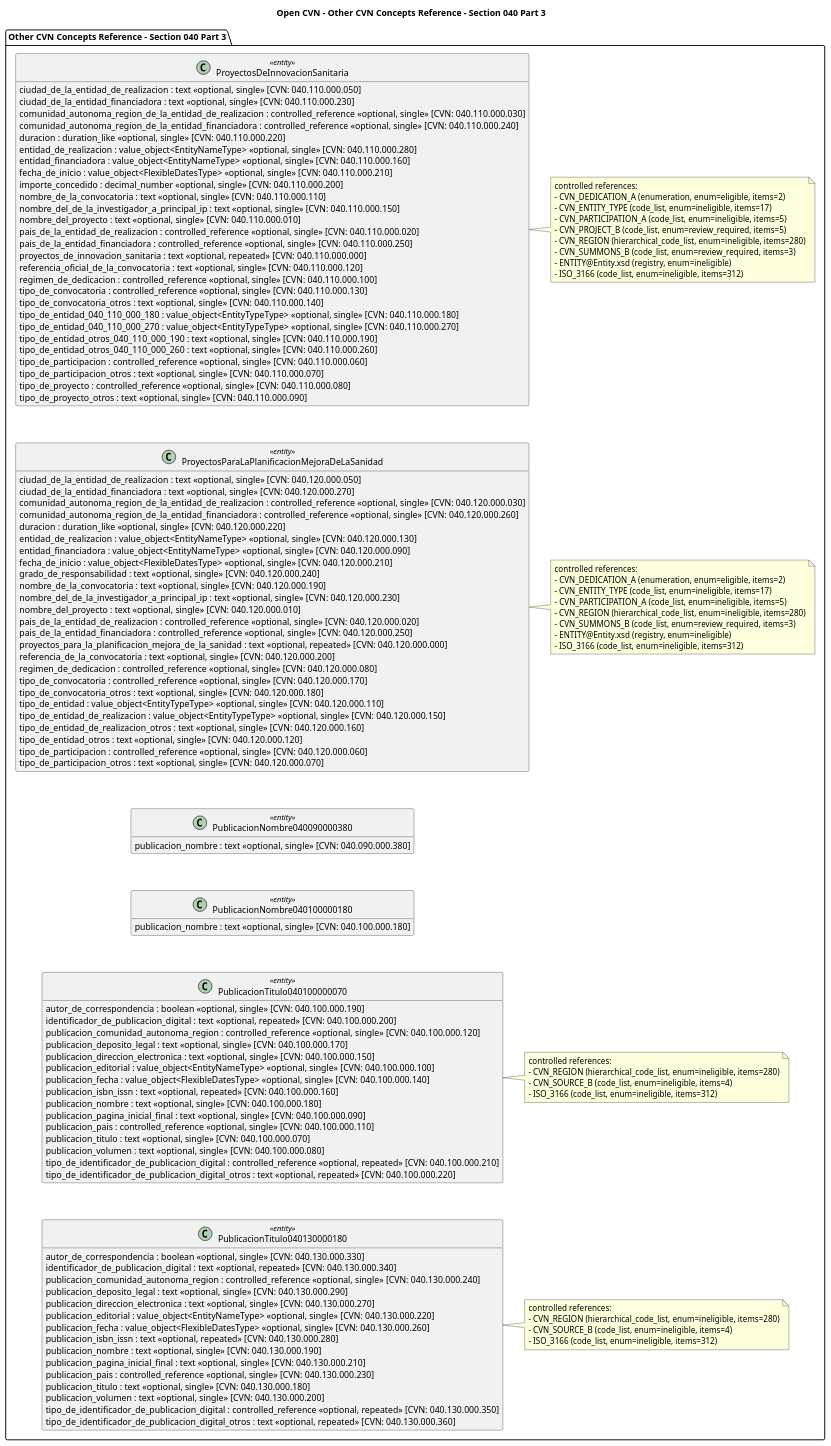
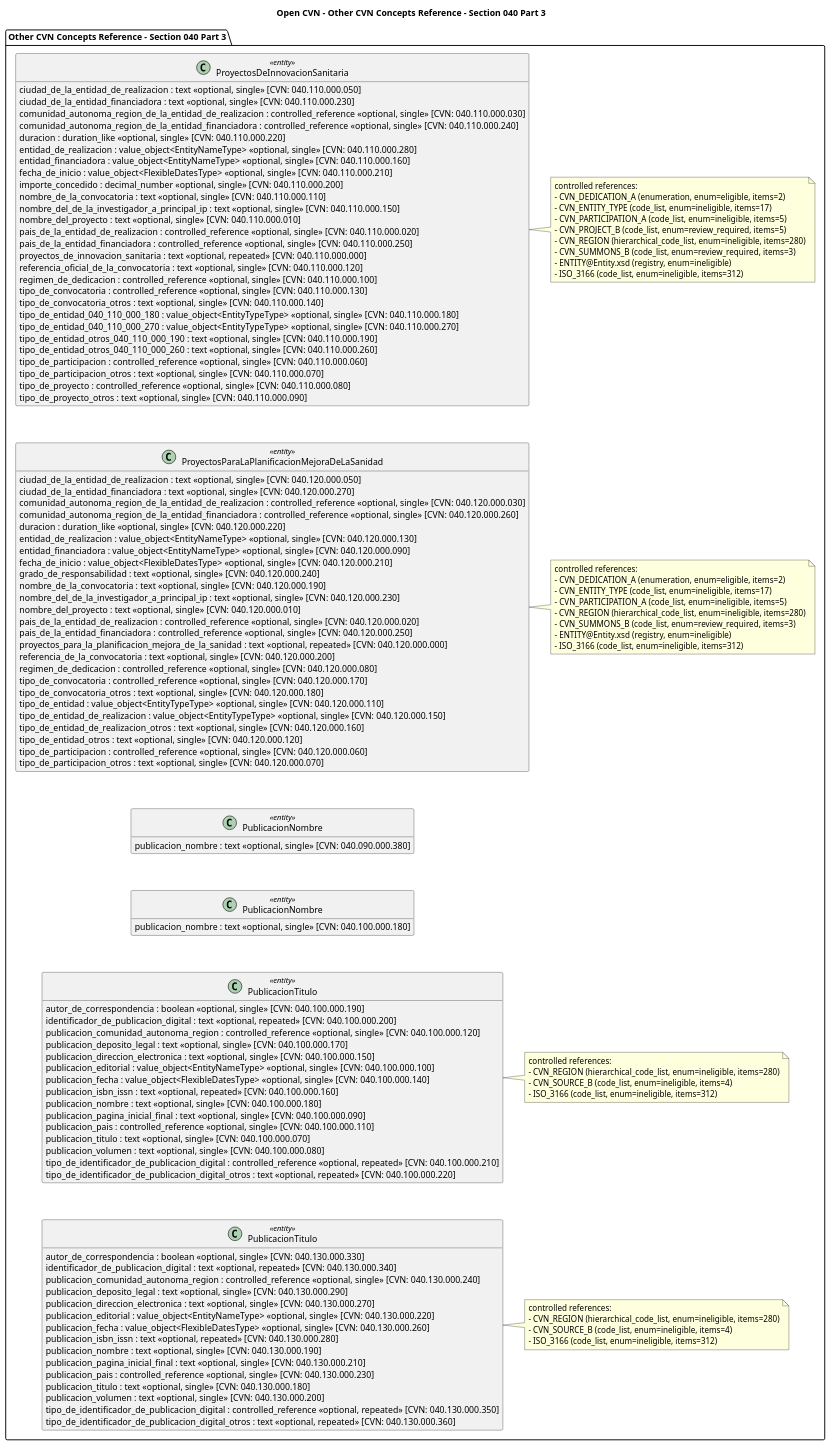
Before and after one commit to holt00/TFG-open-cvn-schema: the diagram in docs/diagrams/open_cvn_other_040_part_03_reference.puml, drawn with PlantUML. The commit also changed 48 other files, not shown here.

```diff
--- a/docs/diagrams/open_cvn_other_040_part_03_reference.puml
+++ b/docs/diagrams/open_cvn_other_040_part_03_reference.puml
@@ -1,154 +1,154 @@
 @startuml
 title Open CVN - Other CVN Concepts Reference - Section 040 Part 3
 
 skinparam classAttributeIconSize 0
 skinparam linetype ortho
 top to bottom direction
 hide empty members
 
 package "Other CVN Concepts Reference - Section 040 Part 3" as area_other_040_part_03_reference {
 class "ProyectosDeInnovacionSanitaria" as entity_other_proyectosdeinnovacionsanitaria_040_110_000_000 <<entity>> {
   ciudad_de_la_entidad_de_realizacion : text <<optional, single>> [CVN: 040.110.000.050]
   ciudad_de_la_entidad_financiadora : text <<optional, single>> [CVN: 040.110.000.230]
   comunidad_autonoma_region_de_la_entidad_de_realizacion : controlled_reference <<optional, single>> [CVN: 040.110.000.030]
   comunidad_autonoma_region_de_la_entidad_financiadora : controlled_reference <<optional, single>> [CVN: 040.110.000.240]
   duracion : duration_like <<optional, single>> [CVN: 040.110.000.220]
   entidad_de_realizacion : value_object<EntityNameType> <<optional, single>> [CVN: 040.110.000.280]
   entidad_financiadora : value_object<EntityNameType> <<optional, single>> [CVN: 040.110.000.160]
   fecha_de_inicio : value_object<FlexibleDatesType> <<optional, single>> [CVN: 040.110.000.210]
   importe_concedido : decimal_number <<optional, single>> [CVN: 040.110.000.200]
   nombre_de_la_convocatoria : text <<optional, single>> [CVN: 040.110.000.110]
   nombre_del_de_la_investigador_a_principal_ip : text <<optional, single>> [CVN: 040.110.000.150]
   nombre_del_proyecto : text <<optional, single>> [CVN: 040.110.000.010]
   pais_de_la_entidad_de_realizacion : controlled_reference <<optional, single>> [CVN: 040.110.000.020]
   pais_de_la_entidad_financiadora : controlled_reference <<optional, single>> [CVN: 040.110.000.250]
   proyectos_de_innovacion_sanitaria : text <<optional, repeated>> [CVN: 040.110.000.000]
   referencia_oficial_de_la_convocatoria : text <<optional, single>> [CVN: 040.110.000.120]
   regimen_de_dedicacion : controlled_reference <<optional, single>> [CVN: 040.110.000.100]
   tipo_de_convocatoria : controlled_reference <<optional, single>> [CVN: 040.110.000.130]
   tipo_de_convocatoria_otros : text <<optional, single>> [CVN: 040.110.000.140]
   tipo_de_entidad_040_110_000_180 : value_object<EntityTypeType> <<optional, single>> [CVN: 040.110.000.180]
   tipo_de_entidad_040_110_000_270 : value_object<EntityTypeType> <<optional, single>> [CVN: 040.110.000.270]
   tipo_de_entidad_otros_040_110_000_190 : text <<optional, single>> [CVN: 040.110.000.190]
   tipo_de_entidad_otros_040_110_000_260 : text <<optional, single>> [CVN: 040.110.000.260]
   tipo_de_participacion : controlled_reference <<optional, single>> [CVN: 040.110.000.060]
   tipo_de_participacion_otros : text <<optional, single>> [CVN: 040.110.000.070]
   tipo_de_proyecto : controlled_reference <<optional, single>> [CVN: 040.110.000.080]
   tipo_de_proyecto_otros : text <<optional, single>> [CVN: 040.110.000.090]
 }
 note right of entity_other_proyectosdeinnovacionsanitaria_040_110_000_000
 controlled references:
 - CVN_DEDICATION_A (enumeration, enum=eligible, items=2)
 - CVN_ENTITY_TYPE (code_list, enum=ineligible, items=17)
 - CVN_PARTICIPATION_A (code_list, enum=ineligible, items=5)
 - CVN_PROJECT_B (code_list, enum=review_required, items=5)
 - CVN_REGION (hierarchical_code_list, enum=ineligible, items=280)
 - CVN_SUMMONS_B (code_list, enum=review_required, items=3)
 - ENTITY@Entity.xsd (registry, enum=ineligible)
 - ISO_3166 (code_list, enum=ineligible, items=312)
 end note
 
 class "ProyectosParaLaPlanificacionMejoraDeLaSanidad" as entity_other_proyectosparalaplanificacionmejoradelasanidad_040_120_000_000 <<entity>> {
   ciudad_de_la_entidad_de_realizacion : text <<optional, single>> [CVN: 040.120.000.050]
   ciudad_de_la_entidad_financiadora : text <<optional, single>> [CVN: 040.120.000.270]
   comunidad_autonoma_region_de_la_entidad_de_realizacion : controlled_reference <<optional, single>> [CVN: 040.120.000.030]
   comunidad_autonoma_region_de_la_entidad_financiadora : controlled_reference <<optional, single>> [CVN: 040.120.000.260]
   duracion : duration_like <<optional, single>> [CVN: 040.120.000.220]
   entidad_de_realizacion : value_object<EntityNameType> <<optional, single>> [CVN: 040.120.000.130]
   entidad_financiadora : value_object<EntityNameType> <<optional, single>> [CVN: 040.120.000.090]
   fecha_de_inicio : value_object<FlexibleDatesType> <<optional, single>> [CVN: 040.120.000.210]
   grado_de_responsabilidad : text <<optional, single>> [CVN: 040.120.000.240]
   nombre_de_la_convocatoria : text <<optional, single>> [CVN: 040.120.000.190]
   nombre_del_de_la_investigador_a_principal_ip : text <<optional, single>> [CVN: 040.120.000.230]
   nombre_del_proyecto : text <<optional, single>> [CVN: 040.120.000.010]
   pais_de_la_entidad_de_realizacion : controlled_reference <<optional, single>> [CVN: 040.120.000.020]
   pais_de_la_entidad_financiadora : controlled_reference <<optional, single>> [CVN: 040.120.000.250]
   proyectos_para_la_planificacion_mejora_de_la_sanidad : text <<optional, repeated>> [CVN: 040.120.000.000]
   referencia_de_la_convocatoria : text <<optional, single>> [CVN: 040.120.000.200]
   regimen_de_dedicacion : controlled_reference <<optional, single>> [CVN: 040.120.000.080]
   tipo_de_convocatoria : controlled_reference <<optional, single>> [CVN: 040.120.000.170]
   tipo_de_convocatoria_otros : text <<optional, single>> [CVN: 040.120.000.180]
   tipo_de_entidad : value_object<EntityTypeType> <<optional, single>> [CVN: 040.120.000.110]
   tipo_de_entidad_de_realizacion : value_object<EntityTypeType> <<optional, single>> [CVN: 040.120.000.150]
   tipo_de_entidad_de_realizacion_otros : text <<optional, single>> [CVN: 040.120.000.160]
   tipo_de_entidad_otros : text <<optional, single>> [CVN: 040.120.000.120]
   tipo_de_participacion : controlled_reference <<optional, single>> [CVN: 040.120.000.060]
   tipo_de_participacion_otros : text <<optional, single>> [CVN: 040.120.000.070]
 }
 note right of entity_other_proyectosparalaplanificacionmejoradelasanidad_040_120_000_000
 controlled references:
 - CVN_DEDICATION_A (enumeration, enum=eligible, items=2)
 - CVN_ENTITY_TYPE (code_list, enum=ineligible, items=17)
 - CVN_PARTICIPATION_A (code_list, enum=ineligible, items=5)
 - CVN_REGION (hierarchical_code_list, enum=ineligible, items=280)
 - CVN_SUMMONS_B (code_list, enum=review_required, items=3)
 - ENTITY@Entity.xsd (registry, enum=ineligible)
 - ISO_3166 (code_list, enum=ineligible, items=312)
 end note
 
-class "PublicacionNombre040090000380" as entity_other_publicacionnombre040090000380_040_090_000_380 <<entity>> {
+class "PublicacionNombre" as entity_other_publicacionnombre040090000380_040_090_000_380 <<entity>> {
   publicacion_nombre : text <<optional, single>> [CVN: 040.090.000.380]
 }
 
-class "PublicacionNombre040100000180" as entity_other_publicacionnombre040100000180_040_100_000_180 <<entity>> {
+class "PublicacionNombre" as entity_other_publicacionnombre040100000180_040_100_000_180 <<entity>> {
   publicacion_nombre : text <<optional, single>> [CVN: 040.100.000.180]
 }
 
-class "PublicacionTitulo040100000070" as entity_other_publicaciontitulo040100000070_040_100_000_070 <<entity>> {
+class "PublicacionTitulo" as entity_other_publicaciontitulo040100000070_040_100_000_070 <<entity>> {
   autor_de_correspondencia : boolean <<optional, single>> [CVN: 040.100.000.190]
   identificador_de_publicacion_digital : text <<optional, repeated>> [CVN: 040.100.000.200]
   publicacion_comunidad_autonoma_region : controlled_reference <<optional, single>> [CVN: 040.100.000.120]
   publicacion_deposito_legal : text <<optional, single>> [CVN: 040.100.000.170]
   publicacion_direccion_electronica : text <<optional, single>> [CVN: 040.100.000.150]
   publicacion_editorial : value_object<EntityNameType> <<optional, single>> [CVN: 040.100.000.100]
   publicacion_fecha : value_object<FlexibleDatesType> <<optional, single>> [CVN: 040.100.000.140]
   publicacion_isbn_issn : text <<optional, repeated>> [CVN: 040.100.000.160]
   publicacion_nombre : text <<optional, single>> [CVN: 040.100.000.180]
   publicacion_pagina_inicial_final : text <<optional, single>> [CVN: 040.100.000.090]
   publicacion_pais : controlled_reference <<optional, single>> [CVN: 040.100.000.110]
   publicacion_titulo : text <<optional, single>> [CVN: 040.100.000.070]
   publicacion_volumen : text <<optional, single>> [CVN: 040.100.000.080]
   tipo_de_identificador_de_publicacion_digital : controlled_reference <<optional, repeated>> [CVN: 040.100.000.210]
   tipo_de_identificador_de_publicacion_digital_otros : text <<optional, repeated>> [CVN: 040.100.000.220]
 }
 note right of entity_other_publicaciontitulo040100000070_040_100_000_070
 controlled references:
 - CVN_REGION (hierarchical_code_list, enum=ineligible, items=280)
 - CVN_SOURCE_B (code_list, enum=ineligible, items=4)
 - ISO_3166 (code_list, enum=ineligible, items=312)
 end note
 
-class "PublicacionTitulo040130000180" as entity_other_publicaciontitulo040130000180_040_130_000_180 <<entity>> {
+class "PublicacionTitulo" as entity_other_publicaciontitulo040130000180_040_130_000_180 <<entity>> {
   autor_de_correspondencia : boolean <<optional, single>> [CVN: 040.130.000.330]
   identificador_de_publicacion_digital : text <<optional, repeated>> [CVN: 040.130.000.340]
   publicacion_comunidad_autonoma_region : controlled_reference <<optional, single>> [CVN: 040.130.000.240]
   publicacion_deposito_legal : text <<optional, single>> [CVN: 040.130.000.290]
   publicacion_direccion_electronica : text <<optional, single>> [CVN: 040.130.000.270]
   publicacion_editorial : value_object<EntityNameType> <<optional, single>> [CVN: 040.130.000.220]
   publicacion_fecha : value_object<FlexibleDatesType> <<optional, single>> [CVN: 040.130.000.260]
   publicacion_isbn_issn : text <<optional, repeated>> [CVN: 040.130.000.280]
   publicacion_nombre : text <<optional, single>> [CVN: 040.130.000.190]
   publicacion_pagina_inicial_final : text <<optional, single>> [CVN: 040.130.000.210]
   publicacion_pais : controlled_reference <<optional, single>> [CVN: 040.130.000.230]
   publicacion_titulo : text <<optional, single>> [CVN: 040.130.000.180]
   publicacion_volumen : text <<optional, single>> [CVN: 040.130.000.200]
   tipo_de_identificador_de_publicacion_digital : controlled_reference <<optional, repeated>> [CVN: 040.130.000.350]
   tipo_de_identificador_de_publicacion_digital_otros : text <<optional, repeated>> [CVN: 040.130.000.360]
 }
 note right of entity_other_publicaciontitulo040130000180_040_130_000_180
 controlled references:
 - CVN_REGION (hierarchical_code_list, enum=ineligible, items=280)
 - CVN_SOURCE_B (code_list, enum=ineligible, items=4)
 - ISO_3166 (code_list, enum=ineligible, items=312)
 end note
 
 }
 
 entity_other_proyectosdeinnovacionsanitaria_040_110_000_000 -[hidden]down-> entity_other_proyectosparalaplanificacionmejoradelasanidad_040_120_000_000
 entity_other_proyectosparalaplanificacionmejoradelasanidad_040_120_000_000 -[hidden]down-> entity_other_publicacionnombre040090000380_040_090_000_380
 entity_other_publicacionnombre040090000380_040_090_000_380 -[hidden]down-> entity_other_publicacionnombre040100000180_040_100_000_180
 entity_other_publicacionnombre040100000180_040_100_000_180 -[hidden]down-> entity_other_publicaciontitulo040100000070_040_100_000_070
 entity_other_publicaciontitulo040100000070_040_100_000_070 -[hidden]down-> entity_other_publicaciontitulo040130000180_040_130_000_180
 
 
 @enduml
```
